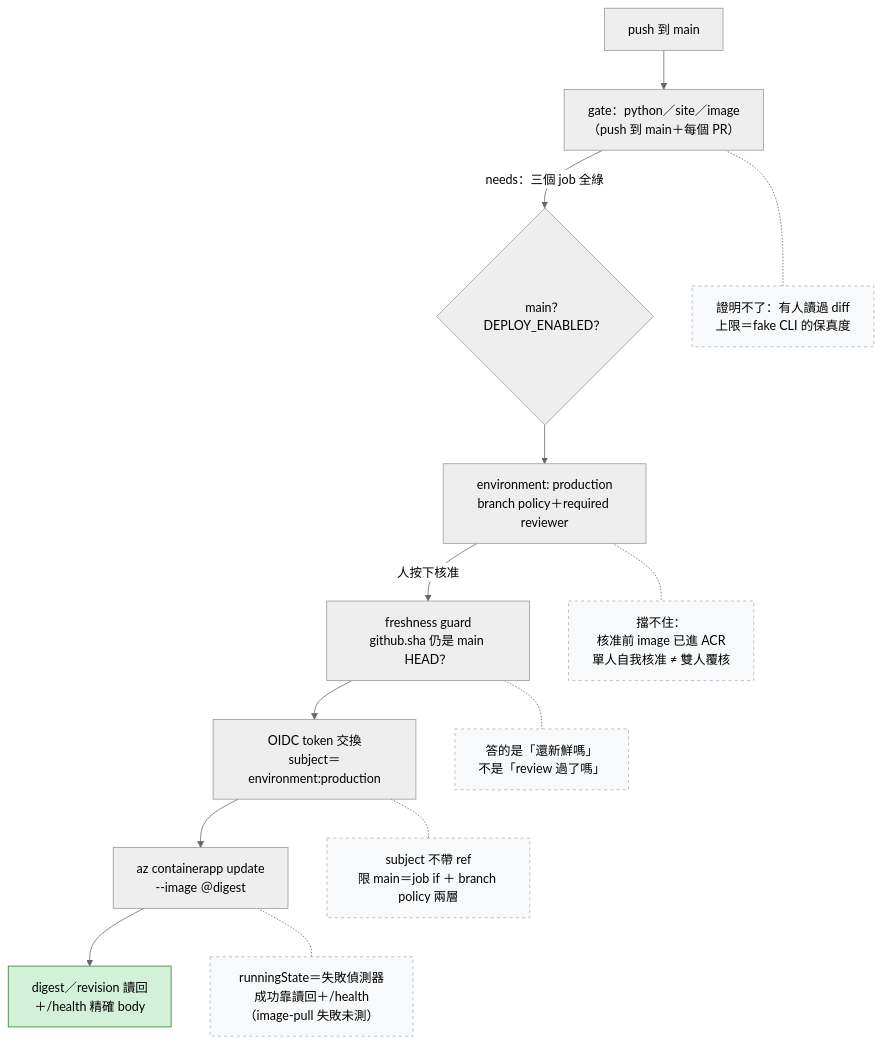
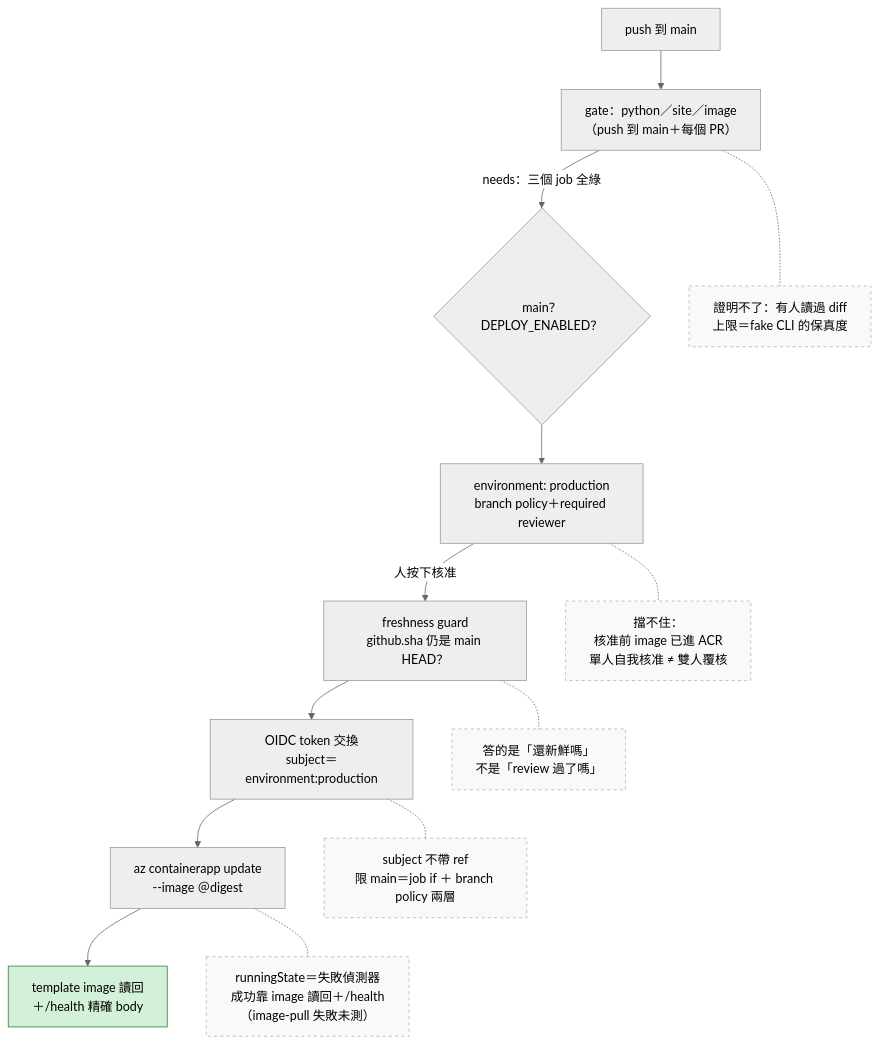
One commit to kehao-playground/azure-genai-backend-lab changed the diagram in docs/diagrams/cicd-defense-boundaries.zh-tw.mmd. Above: the diagram before and after it, drawn with Mermaid (neutral theme). The commit also changed 4 other files, not shown here.

```diff
--- a/docs/diagrams/cicd-defense-boundaries.zh-tw.mmd
+++ b/docs/diagrams/cicd-defense-boundaries.zh-tw.mmd
@@ -1,24 +1,24 @@
 %% Publication source (zh-TW) for the Day 25 article figure.
 %% English semantic companion: cicd-defense-boundaries.md — keep the two in the same topology.
 %% The planning repo stores only the rendered PNG snapshot (proposal 005).
 flowchart TD
     P["push 到 main"] --> G["gate：python／site／image<br/>（push 到 main＋每個 PR）"]
     G -->|"needs：三個 job 全綠"| Q{"main？DEPLOY_ENABLED？"}
     Q --> E["environment: production<br/>branch policy＋required reviewer"]
     E -->|"人按下核准"| F["freshness guard<br/>github.sha 仍是 main HEAD？"]
     F --> O["OIDC token 交換<br/>subject＝environment:production"]
     O --> D["az containerapp update<br/>--image ＠digest"]
-    D --> H["digest／revision 讀回<br/>＋/health 精確 body"]
+    D --> H["template image 讀回<br/>＋/health 精確 body"]
 
     G -.- gN["證明不了：有人讀過 diff<br/>上限＝fake CLI 的保真度"]
     E -.- eN["擋不住：<br/>核准前 image 已進 ACR<br/>單人自我核准 ≠ 雙人覆核"]
     F -.- fN["答的是「還新鮮嗎」<br/>不是「review 過了嗎」"]
     O -.- oN["subject 不帶 ref<br/>限 main＝job if ＋ branch policy 兩層"]
-    D -.- dN["runningState＝失敗偵測器<br/>成功靠讀回＋/health（image-pull 失敗未測）"]
+    D -.- dN["runningState＝失敗偵測器<br/>成功靠 image 讀回＋/health（image-pull 失敗未測）"]
 
     style H fill:#d3f0d8,stroke:#2e7d32
     style gN fill:#f8f9fa,stroke:#adb5bd,stroke-dasharray:4
     style eN fill:#f8f9fa,stroke:#adb5bd,stroke-dasharray:4
     style fN fill:#f8f9fa,stroke:#adb5bd,stroke-dasharray:4
     style oN fill:#f8f9fa,stroke:#adb5bd,stroke-dasharray:4
     style dN fill:#f8f9fa,stroke:#adb5bd,stroke-dasharray:4
```
